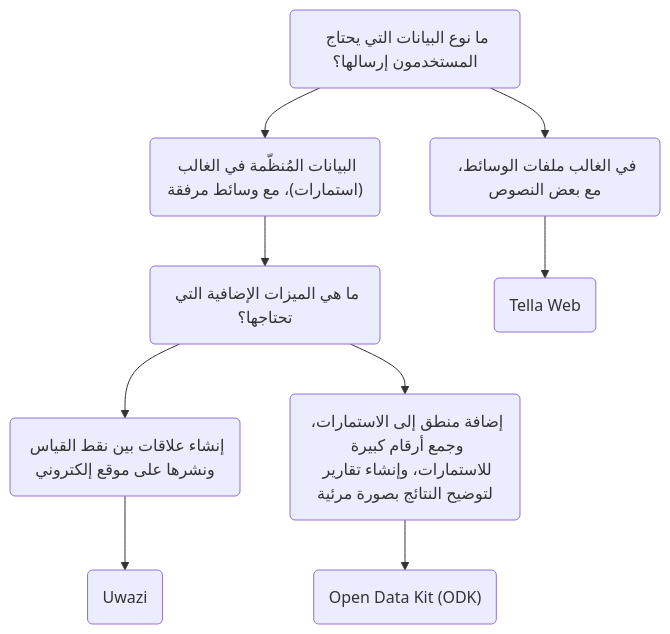
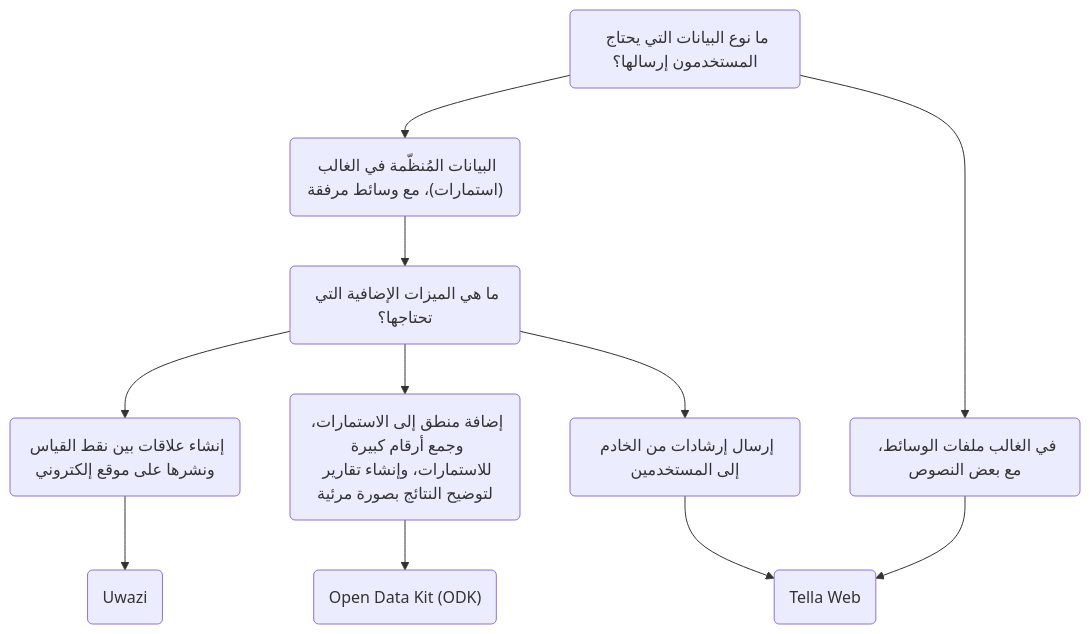
Before and after one commit to Horizontal-org/Tella-website: the diagram in i18n/ar/docusaurus-plugin-content-docs/current/For organizations/overview.md, drawn with Mermaid. The commit also changed other lines of this file and 23 other files, not shown here.

````diff
--- a/i18n/ar/docusaurus-plugin-content-docs/current/For organizations/overview.md
+++ b/i18n/ar/docusaurus-plugin-content-docs/current/For organizations/overview.md
@@ -27,11 +28,13 @@
 ```mermaid
 graph TD;
     id1(ما نوع البيانات التي يحتاج المستخدمون إرسالها؟) --> id2("البيانات المُنظَّمة في الغالب (استمارات)، مع وسائط مرفقة");
     id1 --> id3("في الغالب ملفات الوسائط، مع بعض النصوص") ;
     id2 --> id4("ما هي الميزات الإضافية التي تحتاجها؟");
     id3 --> id5("Tella Web");
     id4 --> id6("إنشاء علاقات بين نقط القياس ونشرها على موقع إلكتروني")
     id4 --> id7("إضافة منطق إلى الاستمارات، وجمع أرقام كبيرة للاستمارات، وإنشاء تقارير لتوضيح النتائج بصورة مرئية")
+    id4 --> id10("إرسال إرشادات من الخادم إلى المستخدمين")
     id6 --> id8("Uwazi")
     id7 --> id9("Open Data Kit (ODK)")
+    id10 -->id5
 ```
````
